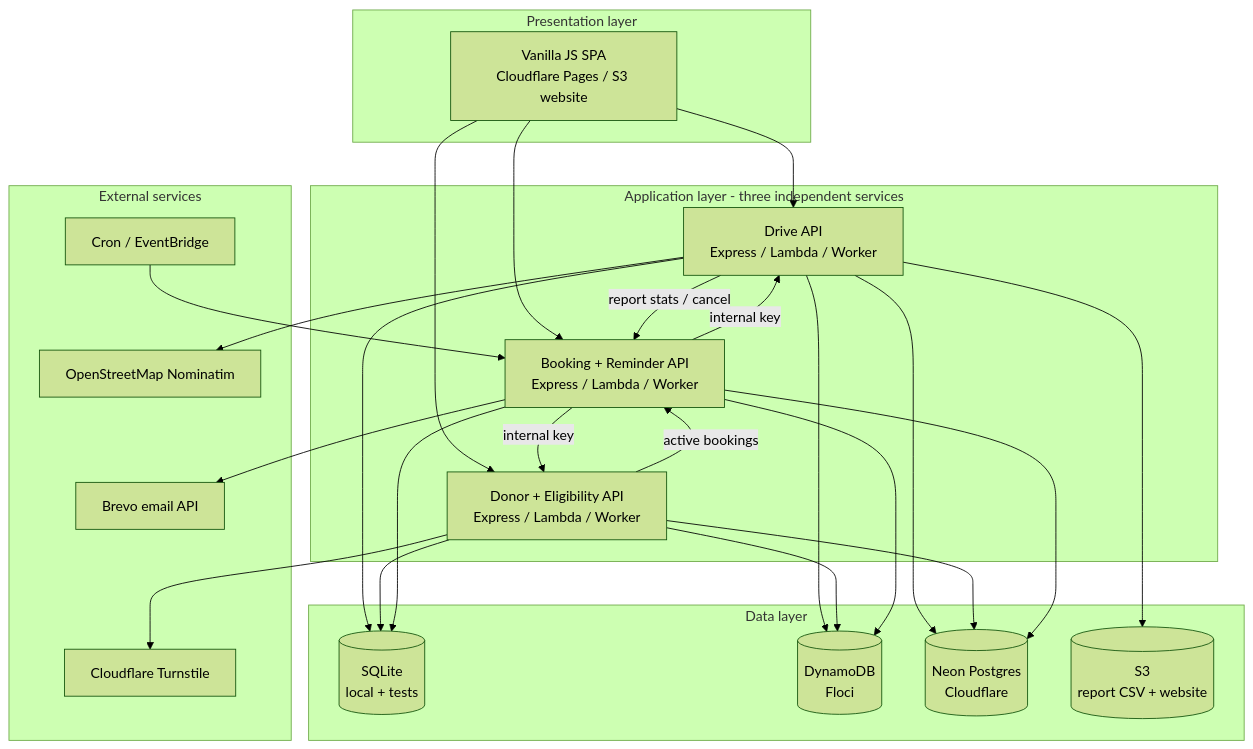
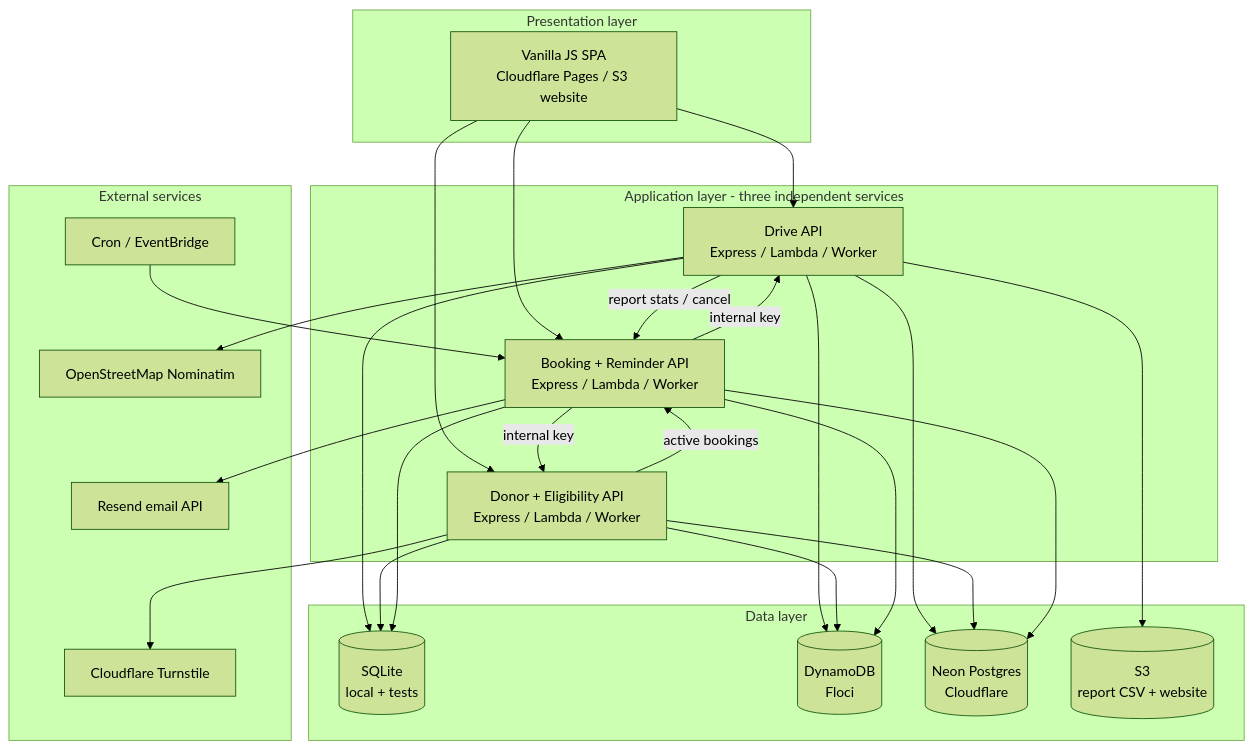
Before and after one commit to TasneemHazem10/blood_donation-cloud-: the first of 2 diagrams in docs/report.md, drawn with Mermaid (forest theme). The commit also changed other lines of this file and 26 other files, not shown here.

Commit message:
Enable Resend live email and Worker service bindings on public deployment

````diff
--- a/docs/report.md
+++ b/docs/report.md
@@ -34,36 +34,36 @@
 ```mermaid
 flowchart TB
   subgraph Presentation["Presentation layer"]
     UI[Vanilla JS SPA<br/>Cloudflare Pages / S3 website]
   end
   subgraph Application["Application layer - three independent services"]
     DRIVE[Drive API<br/>Express / Lambda / Worker]
     DONOR[Donor + Eligibility API<br/>Express / Lambda / Worker]
     BOOKING[Booking + Reminder API<br/>Express / Lambda / Worker]
   end
   subgraph Data["Data layer"]
     SQLITE[(SQLite<br/>local + tests)]
     DDB[(DynamoDB<br/>Floci)]
     NEON[(Neon Postgres<br/>Cloudflare)]
     S3[(S3<br/>report CSV + website)]
   end
   subgraph External["External services"]
     NOM[OpenStreetMap Nominatim]
     TURN[Cloudflare Turnstile]
-    BREVO[Brevo email API]
+    RESEND[Resend email API]
     CRON[Cron / EventBridge]
   end
   UI --> DRIVE & DONOR & BOOKING
   BOOKING -->|internal key| DRIVE
   BOOKING -->|internal key| DONOR
   DRIVE -->|report stats / cancel| BOOKING
   DONOR -->|active bookings| BOOKING
   DRIVE --> NOM
   DONOR --> TURN
-  BOOKING --> BREVO
+  BOOKING --> RESEND
   CRON --> BOOKING
   DRIVE & DONOR & BOOKING --> SQLITE
   DRIVE & DONOR & BOOKING --> DDB
   DRIVE & DONOR & BOOKING --> NEON
   DRIVE --> S3
 ```
````
